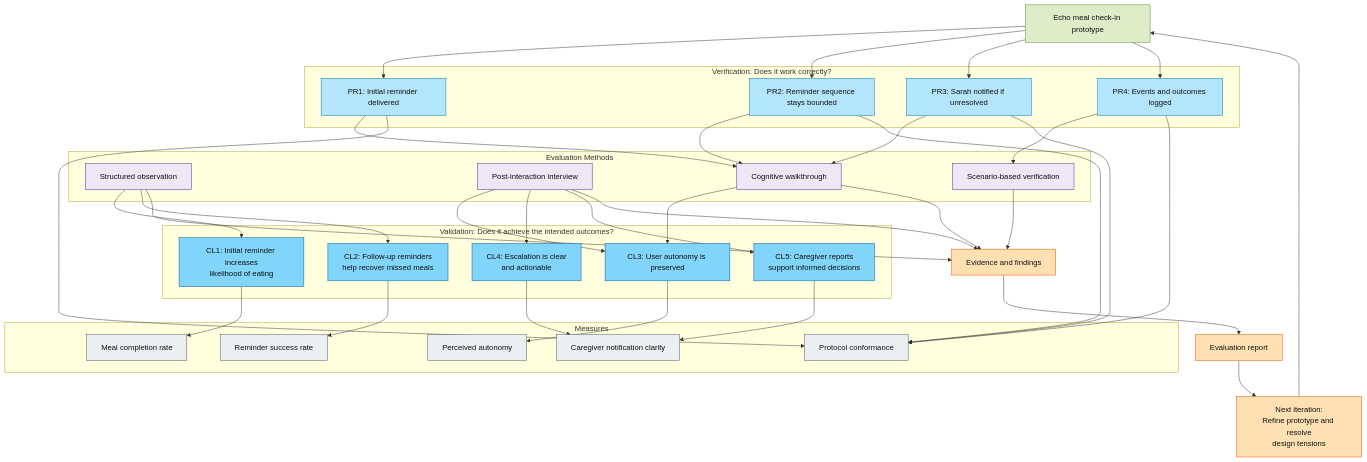
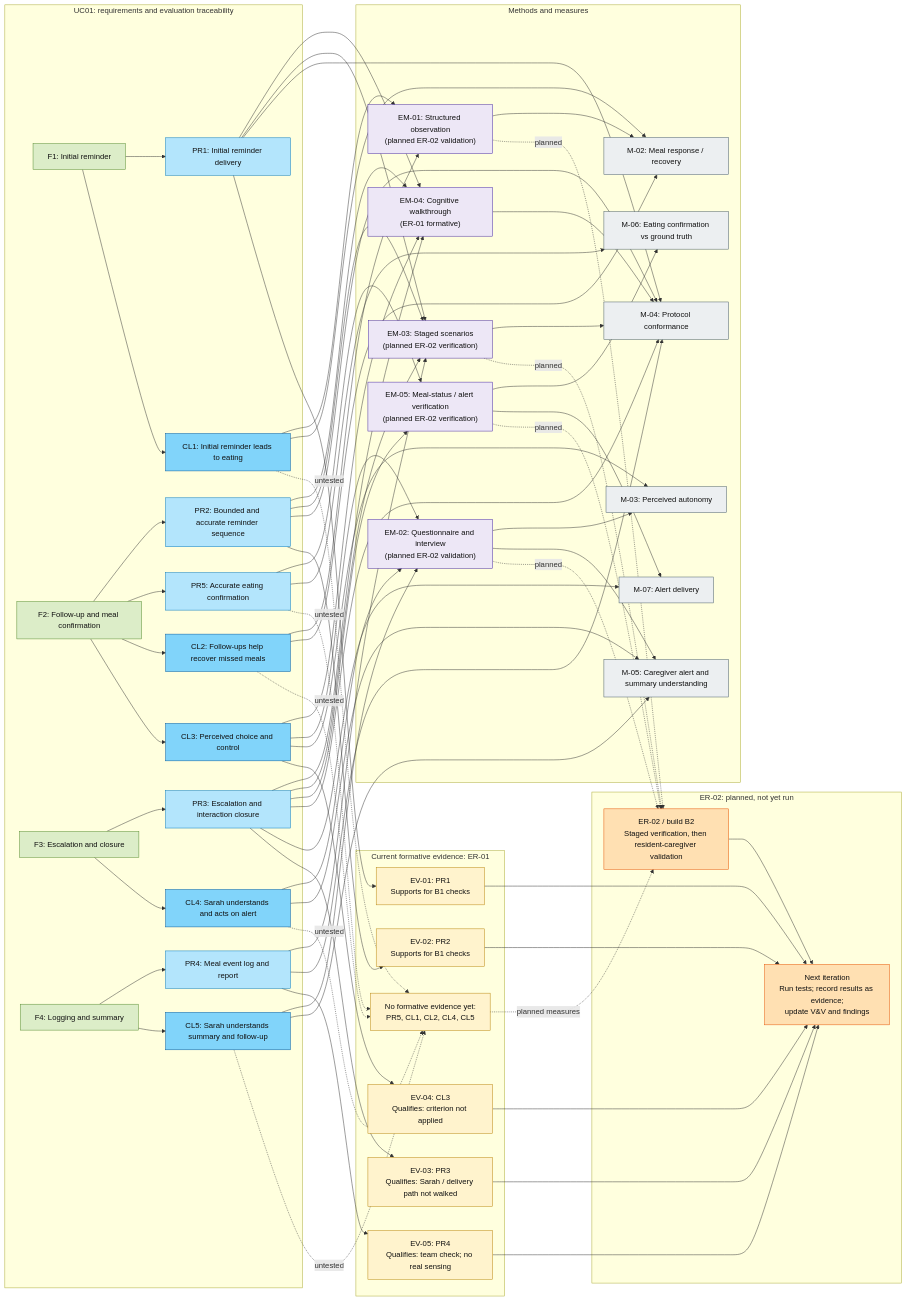
Before and after one commit to Mikouer/SCE_group_assignment: the diagram in docs/graph/evalutation.mmd, drawn with Mermaid.

Commit message:
Refactor evaluation flowchart for clarity and structure

```diff
--- a/docs/graph/evalutation.mmd
+++ b/docs/graph/evalutation.mmd
@@ -1,84 +1,132 @@
+flowchart LR
+    subgraph Trace["UC01: requirements and evaluation traceability"]
+        F1["F1: Initial reminder"]
+        F2["F2: Follow-up and meal confirmation"]
+        F3["F3: Escalation and closure"]
+        F4["F4: Logging and summary"]
 
-flowchart TD
-    Prototype["Echo meal check-in prototype"]
+        PR1["PR1: Initial reminder delivery"]
+        PR2["PR2: Bounded and accurate reminder sequence"]
+        PR3["PR3: Escalation and interaction closure"]
+        PR4["PR4: Meal event log and report"]
+        PR5["PR5: Accurate eating confirmation"]
 
-    subgraph Requirements["Verification: Does it work correctly?"]
-        P1["PR1: Initial reminder delivered"]
-        P2["PR2: Reminder sequence stays bounded"]
-        P3["PR3: Sarah notified if unresolved"]
-        P4["PR4: Events and outcomes logged"]
+        CL1["CL1: Initial reminder leads to eating"]
+        CL2["CL2: Follow-ups help recover missed meals"]
+        CL3["CL3: Perceived choice and control"]
+        CL4["CL4: Sarah understands and acts on alert"]
+        CL5["CL5: Sarah understands summary and follow-up"]
+
+        F1 --> PR1
+        F1 --> CL1
+        F2 --> PR2
+        F2 --> PR5
+        F2 --> CL2
+        F2 --> CL3
+        F3 --> PR3
+        F3 --> CL4
+        F4 --> PR4
+        F4 --> CL5
     end
 
-    subgraph Claims["Validation: Does it achieve the intended outcomes?"]
-        C1["CL1: Initial reminder increases<br/>likelihood of eating"]
-        C2["CL2: Follow-up reminders<br/>help recover missed meals"]
-        C3["CL3: User autonomy is preserved"]
-        C4["CL4: Escalation is clear<br/>and actionable"]
-        C5["CL5: Caregiver reports<br/>support informed decisions"]
+    subgraph Methods["Methods and measures"]
+        EM03["EM-03: Staged scenarios<br/>(planned ER-02 verification)"]
+        EM04["EM-04: Cognitive walkthrough<br/>(ER-01 formative) "]
+        EM05["EM-05: Meal-status / alert verification<br/>(planned ER-02 verification)"]
+        EM01["EM-01: Structured observation<br/>(planned ER-02 validation)"]
+        EM02["EM-02: Questionnaire and interview<br/>(planned ER-02 validation)"]
+        M04["M-04: Protocol conformance"]
+        M06["M-06: Eating confirmation vs ground truth"]
+        M07["M-07: Alert delivery"]
+        M02["M-02: Meal response / recovery"]
+        M03["M-03: Perceived autonomy"]
+        M05["M-05: Caregiver alert and summary understanding"]
+
+        EM04 --> M04
+        EM03 --> M04
+        EM05 --> M06
+        EM05 --> M07
+        EM01 --> M02
+        EM02 --> M03
+        EM02 --> M05
     end
 
-    subgraph Methods["Evaluation Methods"]
-        M1["Structured observation"]
-        M2["Post-interaction interview"]
-        M3["Scenario-based verification"]
-        M4["Cognitive walkthrough"]
+    PR1 --> EM04
+    PR2 --> EM04
+    PR3 --> EM04
+    CL3 --> EM04
+    PR1 --> EM03
+    PR2 --> EM03
+    PR3 --> EM03
+    PR4 --> EM03
+    PR3 --> EM05
+    PR5 --> EM05
+    CL1 --> EM01
+    CL2 --> EM01
+    CL3 --> EM02
+    CL4 --> EM02
+    CL5 --> EM02
+
+    PR1 --> M04
+    PR2 --> M04
+    PR3 --> M04
+    PR4 --> M04
+    PR3 --> M07
+    PR5 --> M06
+    CL1 --> M02
+    CL2 --> M02
+    CL3 --> M03
+    CL4 --> M05
+    CL5 --> M05
+
+    subgraph Evidence["Current formative evidence: ER-01"]
+        EV01["EV-01: PR1<br/>Supports for B1 checks"]
+        EV02["EV-02: PR2<br/>Supports for B1 checks"]
+        EV03["EV-03: PR3<br/>Qualifies: Sarah / delivery path not walked"]
+        EV04["EV-04: CL3<br/>Qualifies: criterion not applied"]
+        EV05["EV-05: PR4<br/>Qualifies: team check; no real sensing"]
+        NoEv["No formative evidence yet:<br/>PR5, CL1, CL2, CL4, CL5"]
     end
 
-    subgraph Measures["Measures"]
-        ME1["Meal completion rate"]
-        ME2["Reminder success rate"]
-        ME3["Perceived autonomy"]
-        ME4["Protocol conformance"]
-        ME5["Caregiver notification clarity"]
+    PR1 --> EV01
+    PR2 --> EV02
+    PR3 --> EV03
+    CL3 --> EV04
+    PR4 --> EV05
+    PR5 -. "untested" .-> NoEv
+    CL1 -. "untested" .-> NoEv
+    CL2 -. "untested" .-> NoEv
+    CL4 -. "untested" .-> NoEv
+    CL5 -. "untested" .-> NoEv
+
+    subgraph Plan["ER-02: planned, not yet run"]
+        ER02["ER-02 / build B2<br/>Staged verification, then resident-caregiver validation"]
+        Next["Next iteration<br/>Run tests; record results as evidence;<br/>update V&V and findings"]
+        ER02 --> Next
     end
 
-    Prototype --> P1
-    Prototype --> P2
-    Prototype --> P3
-    Prototype --> P4
+    EM03 -. "planned" .-> ER02
+    EM05 -. "planned" .-> ER02
+    EM01 -. "planned" .-> ER02
+    EM02 -. "planned" .-> ER02
+    NoEv -. "planned measures" .-> ER02
+    EV01 --> Next
+    EV02 --> Next
+    EV03 --> Next
+    EV04 --> Next
+    EV05 --> Next
 
-    P1 --> M4
-    P2 --> M4
-    P3 --> M4
-    P4 --> M3
-
-    M1 --> C1
-    M1 --> C2
-    M2 --> C3
-    M2 --> C4
-    M2 --> C5
-
-    M4 --> C3
-
-    C1 --> ME1
-    C2 --> ME2
-    C3 --> ME3
-    C4 --> ME5
-    C5 --> ME5
-    P1 --> ME4
-    P2 --> ME4
-    P3 --> ME4
-    P4 --> ME4
-
-    M1 --> Evidence["Evidence and findings"]
-    M2 --> Evidence
-    M3 --> Evidence
-    M4 --> Evidence
-
-    Evidence --> Report["Evaluation report"]
-    Report --> Improve["Next iteration:<br/>Refine prototype and resolve<br/>design tensions"]
-    Improve --> Prototype
-
-    classDef prototype fill:#dcedc8,stroke:#558b2f,color:#111
-    classDef requirement fill:#b3e5fc,stroke:#0277bd,color:#111
+    classDef function fill:#dcedc8,stroke:#558b2f,color:#111
+    classDef premise fill:#b3e5fc,stroke:#0277bd,color:#111
     classDef claim fill:#81d4fa,stroke:#01579b,color:#111
     classDef method fill:#ede7f6,stroke:#4527a0,color:#111
     classDef measure fill:#eceff1,stroke:#455a64,color:#111
-    classDef report fill:#ffe0b2,stroke:#e65100,color:#111
-
-    class Prototype prototype
-    class P1,P2,P3,P4 requirement
-    class C1,C2,C3,C4,C5 claim
-    class M1,M2,M3,M4 method
-    class ME1,ME2,ME3,ME4,ME5 measure
-    class Evidence,Report,Improve report
+    classDef evidence fill:#fff3cd,stroke:#b8860b,color:#111
+    classDef planned fill:#ffe0b2,stroke:#e65100,color:#111
+    class F1,F2,F3,F4 function
+    class PR1,PR2,PR3,PR4,PR5 premise
+    class CL1,CL2,CL3,CL4,CL5 claim
+    class EM01,EM02,EM03,EM04,EM05 method
+    class M02,M03,M04,M05,M06,M07 measure
+    class EV01,EV02,EV03,EV04,EV05,NoEv evidence
+    class ER02,Next planned
```
